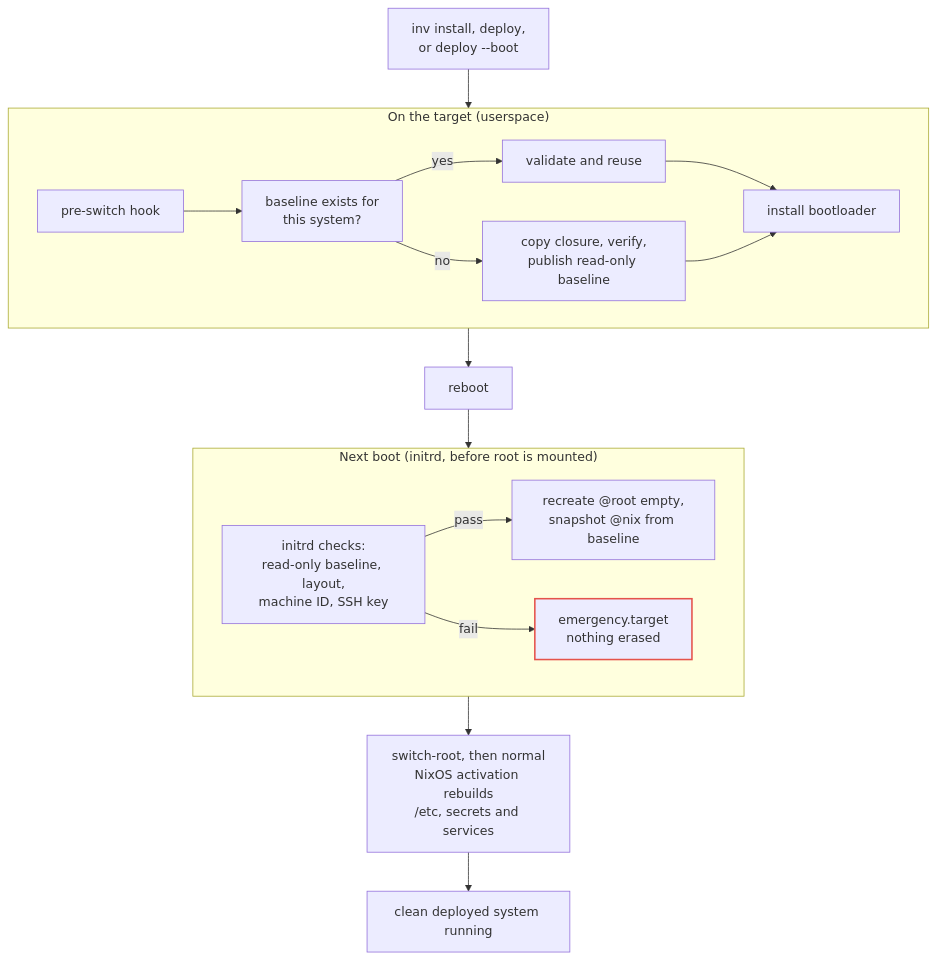
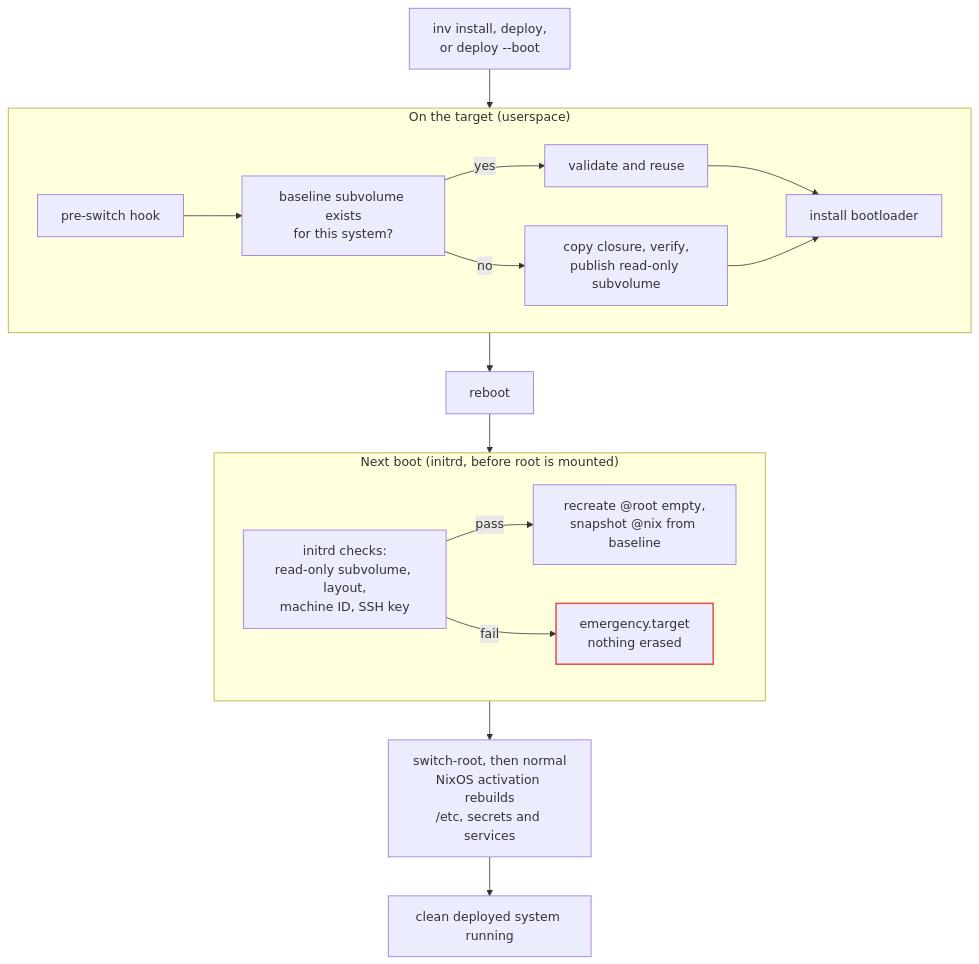
One commit to tiiuae/ghaf-infra changed the diagram in docs/baseline-reset.md. Above: the diagram before and after it, drawn with Mermaid. The commit also changed other lines of this file and 3 other files, not shown here.

````diff
--- a/docs/baseline-reset.md
+++ b/docs/baseline-reset.md
@@ -83,28 +87,28 @@
 ```mermaid
 flowchart TD
   A["inv install, deploy,<br/>or deploy --boot"] --> B
 
   subgraph SAVE ["On the target (userspace)"]
     direction LR
-    B["pre-switch hook"] --> C["baseline exists for<br/>this system?"]
+    B["pre-switch hook"] --> C["baseline subvolume exists<br/>for this system?"]
     C -- yes --> D["validate and reuse"]
-    C -- no --> E["copy closure, verify,<br/>publish read-only baseline"]
+    C -- no --> E["copy closure, verify,<br/>publish read-only subvolume"]
     D --> H["install bootloader"]
     E --> H
   end
 
   H --> R["reboot"]
   R --> J
 
   subgraph BOOT ["Next boot (initrd, before root is mounted)"]
     direction LR
-    J["initrd checks:<br/>read-only baseline, layout,<br/>machine ID, SSH key"] -- pass --> K["recreate @root empty,<br/>snapshot @nix from baseline"]
+    J["initrd checks:<br/>read-only subvolume, layout,<br/>machine ID, SSH key"] -- pass --> K["recreate @root empty,<br/>snapshot @nix from baseline"]
     J -- fail --> L["emergency.target<br/>nothing erased"]
   end
 
   K --> N["switch-root, then normal<br/>NixOS activation rebuilds<br/>/etc, secrets and services"]
   N --> M["clean deployed system running"]
 
   classDef failure stroke:#e5534b,stroke-width:2px
   class L failure
 ```
````
